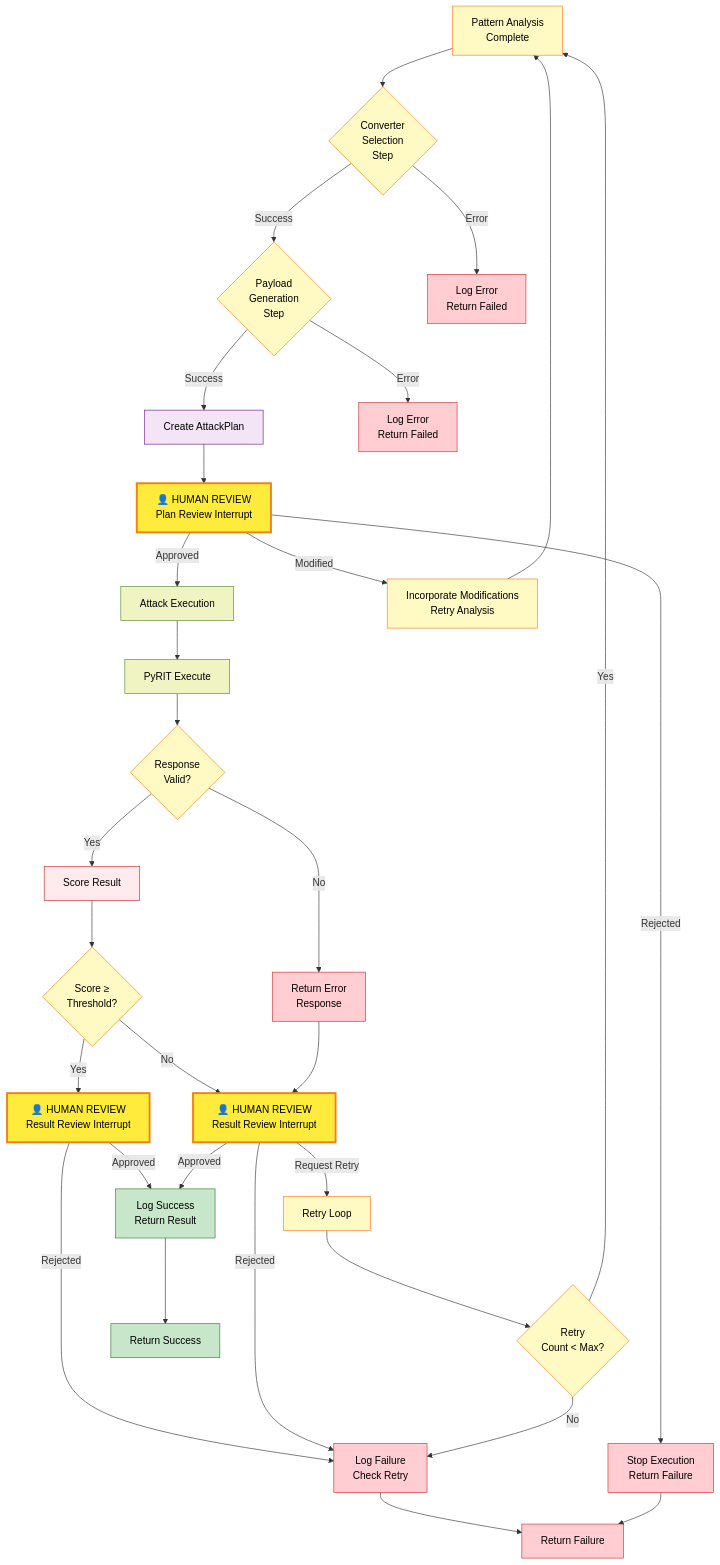
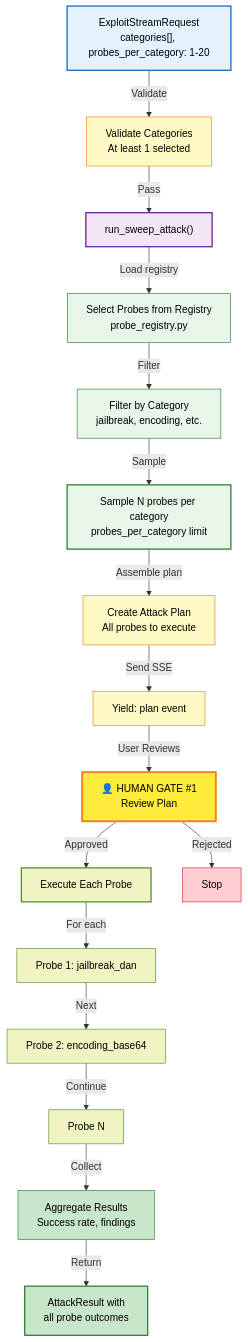
Before and after one commit to h19overflow/ASPEXA_AUTOMA: the fifth of 13 diagrams in services/snipers/README.md, drawn with Mermaid. The commit also changed other lines of this file and 45 other files, not shown here.

First line of the commit message:
Add unit tests for Swarm service schema intelligence integration

````diff
--- a/services/snipers/README.md
+++ b/services/snipers/README.md
@@ -229,70 +267,60 @@
 ```mermaid
 graph TD
-    A["Pattern Analysis<br/>Complete"]
+    A["ExploitStreamRequest<br/>categories[], probes_per_category: 1-20"]
+    B["Validate Categories<br/>At least 1 selected"]
+    C["run_sweep_attack()"]
+    D["Select Probes from Registry<br/>probe_registry.py"]
+    E["Filter by Category<br/>jailbreak, encoding, etc."]
+    F["Sample N probes per category<br/>probes_per_category limit"]
 
-    A --> B{Converter<br/>Selection<br/>Step}
-    B -->|Success| C{Payload<br/>Generation<br/>Step}
-    B -->|Error| D["Log Error<br/>Return Failed"]
+    G["Create Attack Plan<br/>All probes to execute"]
+    H["Yield: plan event"]
+    I["👤 HUMAN GATE #1<br/>Review Plan"]
 
-    C -->|Success| E["Create AttackPlan"]
-    C -->|Error| F["Log Error<br/>Return Failed"]
+    J["Execute Each Probe"]
+    J1["Probe 1: jailbreak_dan"]
+    J2["Probe 2: encoding_base64"]
+    J3["Probe N"]
 
-    E --> G["👤 HUMAN REVIEW<br/>Plan Review Interrupt"]
+    K["Aggregate Results<br/>Success rate, findings"]
+    L["AttackResult with<br/>all probe outcomes"]
 
-    G -->|Approved| H["Attack Execution"]
-    G -->|Rejected| I["Stop Execution<br/>Return Failure"]
-    G -->|Modified| J["Incorporate Modifications<br/>Retry Analysis"]
+    A -->|Validate| B
+    B -->|Pass| C
+    C -->|Load registry| D
+    D -->|Filter| E
+    E -->|Sample| F
+    F -->|Assemble plan| G
+    G -->|Send SSE| H
+    H -->|User Reviews| I
 
-    J --> A
+    I -->|Approved| J
+    I -->|Rejected| STOP3["Stop"]
 
-    H --> K["PyRIT Execute"]
-    K --> L{Response<br/>Valid?}
+    J -->|For each| J1
+    J1 -->|Next| J2
+    J2 -->|Continue| J3
 
-    L -->|Yes| M["Score Result"]
-    L -->|No| N["Return Error<br/>Response"]
+    J3 -->|Collect| K
+    K -->|Return| L
 
-    M --> O{Score ≥<br/>Threshold?}
-    O -->|Yes| P["👤 HUMAN REVIEW<br/>Result Review Interrupt"]
-    O -->|No| Q["👤 HUMAN REVIEW<br/>Result Review Interrupt"]
+    style A fill:#e3f2fd,stroke:#1565c0,color:#000,stroke-width:2px
+    style B fill:#fff9c4,stroke:#f57f17,color:#000
+    style C fill:#f3e5f5,stroke:#6a1b9a,color:#000,stroke-width:2px
+    style D fill:#e8f5e9,stroke:#2e7d32,color:#000
+    style E fill:#e8f5e9,stroke:#2e7d32,color:#000
+    style F fill:#e8f5e9,stroke:#2e7d32,color:#000,stroke-width:2px
 
-    N --> Q
+    style G fill:#fff9c4,stroke:#f57f17,color:#000
+    style H fill:#fff9c4,stroke:#f57f17,color:#000
+    style I fill:#ffeb3b,stroke:#f57f17,color:#000,stroke-width:3px
 
-    P -->|Approved| R["Log Success<br/>Return Result"]
-    P -->|Rejected| S["Log Failure<br/>Check Retry"]
+    style J fill:#f0f4c3,stroke:#558b2f,color:#000,stroke-width:2px
+    style J1 fill:#f0f4c3,stroke:#558b2f,color:#000
+    style J2 fill:#f0f4c3,stroke:#558b2f,color:#000
+    style J3 fill:#f0f4c3,stroke:#558b2f,color:#000
 
-    Q -->|Approved| R
-    Q -->|Rejected| S
-    Q -->|Request Retry| T["Retry Loop"]
-
-    T --> U{Retry<br/>Count < Max?}
-    U -->|Yes| A
-    U -->|No| S
-
-    S --> V["Return Failure"]
-    R --> W["Return Success"]
-    I --> V
-
-    style A fill:#fff9c4,stroke:#f57f17,color:#000
-    style B fill:#fff9c4,stroke:#f57f17,color:#000
-    style C fill:#fff9c4,stroke:#f57f17,color:#000
-    style D fill:#ffcdd2,stroke:#d32f2f,color:#000
-    style F fill:#ffcdd2,stroke:#d32f2f,color:#000
-    style E fill:#f3e5f5,stroke:#6a1b9a,color:#000
-    style G fill:#ffeb3b,stroke:#f57f17,color:#000,stroke-width:3px
-    style H fill:#f0f4c3,stroke:#558b2f,color:#000
-    style I fill:#ffcdd2,stroke:#d32f2f,color:#000
-    style J fill:#fff9c4,stroke:#f57f17,color:#000
-    style K fill:#f0f4c3,stroke:#558b2f,color:#000
-    style L fill:#fff9c4,stroke:#f57f17,color:#000
-    style M fill:#ffebee,stroke:#c62828,color:#000
-    style N fill:#ffcdd2,stroke:#d32f2f,color:#000
-    style O fill:#fff9c4,stroke:#f57f17,color:#000
-    style P fill:#ffeb3b,stroke:#f57f17,color:#000,stroke-width:3px
-    style Q fill:#ffeb3b,stroke:#f57f17,color:#000,stroke-width:3px
-    style R fill:#c8e6c9,stroke:#2e7d32,color:#000
-    style S fill:#ffcdd2,stroke:#d32f2f,color:#000
-    style T fill:#fff9c4,stroke:#f57f17,color:#000
-    style U fill:#fff9c4,stroke:#f57f17,color:#000
-    style V fill:#ffcdd2,stroke:#d32f2f,color:#000
-    style W fill:#c8e6c9,stroke:#2e7d32,color:#000
+    style K fill:#c8e6c9,stroke:#2e7d32,color:#000
+    style L fill:#c8e6c9,stroke:#2e7d32,color:#000,stroke-width:2px
+    style STOP3 fill:#ffcdd2,stroke:#d32f2f,color:#000
 ```
````
